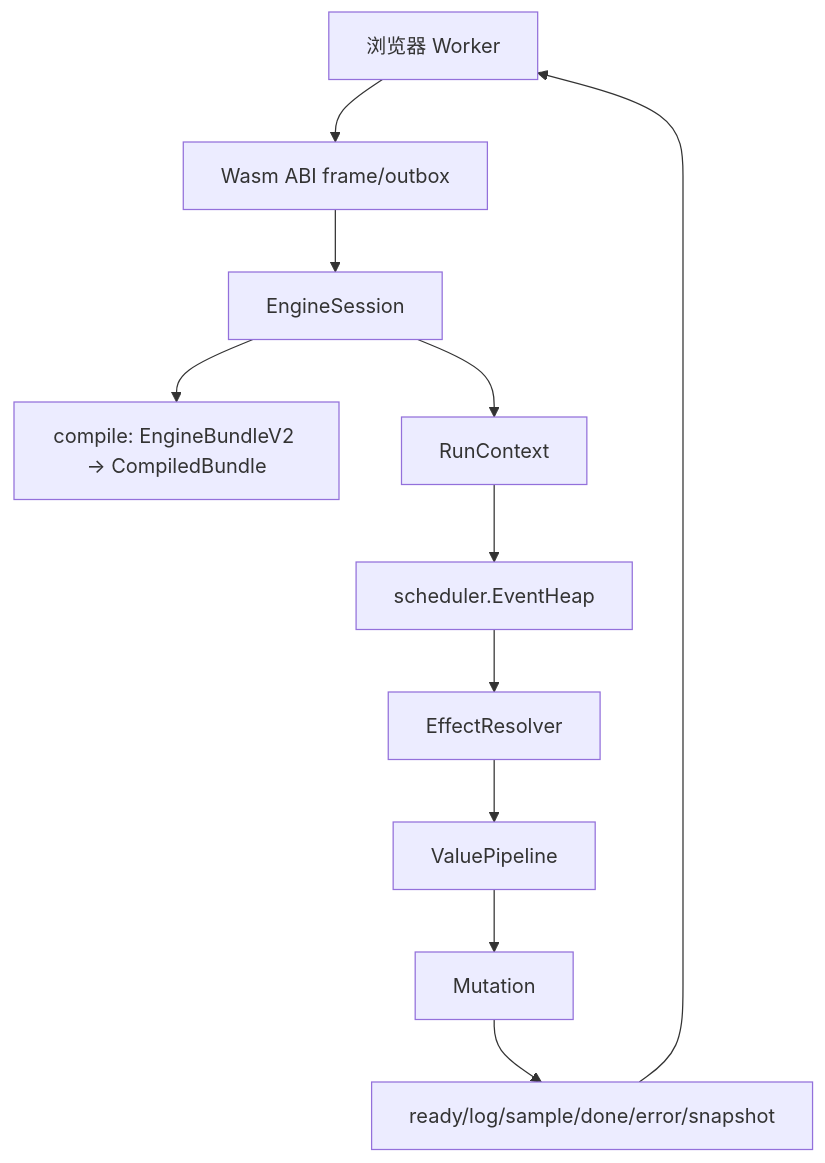
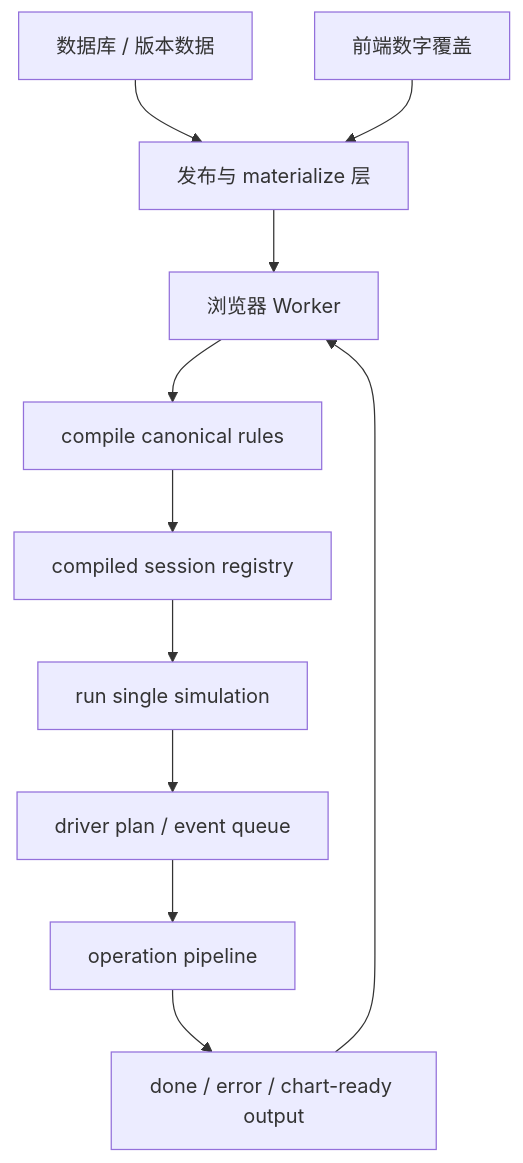
One commit to JeanbartBiubiu/damage_viewer_project_planning changed the diagram in 文档记录/概要设计/wasm/WASM概要设计.md. Above: the diagram before and after it, drawn with Mermaid. The commit also changed other lines of this file and 8 other files, not shown here.

````diff
--- a/文档记录/概要设计/wasm/WASM概要设计.md
+++ b/文档记录/概要设计/wasm/WASM概要设计.md
@@ -14,24 +30,24 @@
 ```mermaid
 graph TD
-    Host["浏览器 Worker"]
-    ABI["Wasm ABI frame/outbox"]
-    Session["EngineSession"]
-    Compile["compile: EngineBundleV2 -> CompiledBundle"]
-    Run["RunContext"]
-    Scheduler["scheduler.EventHeap"]
-    Resolver["EffectResolver"]
-    Pipeline["ValuePipeline"]
-    Mutation["Mutation"]
-    Outbox["ready/log/sample/done/error/snapshot"]
+    DB["数据库 / 版本数据"]
+    Publish["发布与 materialize 层"]
+    Override["前端数字覆盖"]
+    Worker["浏览器 Worker"]
+    Compile["compile canonical rules"]
+    Session["compiled session registry"]
+    Run["run single simulation"]
+    Driver["driver plan / event queue"]
+    Pipeline["operation pipeline"]
+    Result["done / error / chart-ready output"]
 
-    Host --> ABI
-    ABI --> Session
-    Session --> Compile
+    DB --> Publish
+    Override --> Publish
+    Publish --> Worker
+    Worker --> Compile
+    Compile --> Session
     Session --> Run
-    Run --> Scheduler
-    Scheduler --> Resolver
-    Resolver --> Pipeline
-    Pipeline --> Mutation
-    Mutation --> Outbox
-    Outbox --> Host
+    Run --> Driver
+    Driver --> Pipeline
+    Pipeline --> Result
+    Result --> Worker
 ```
````
